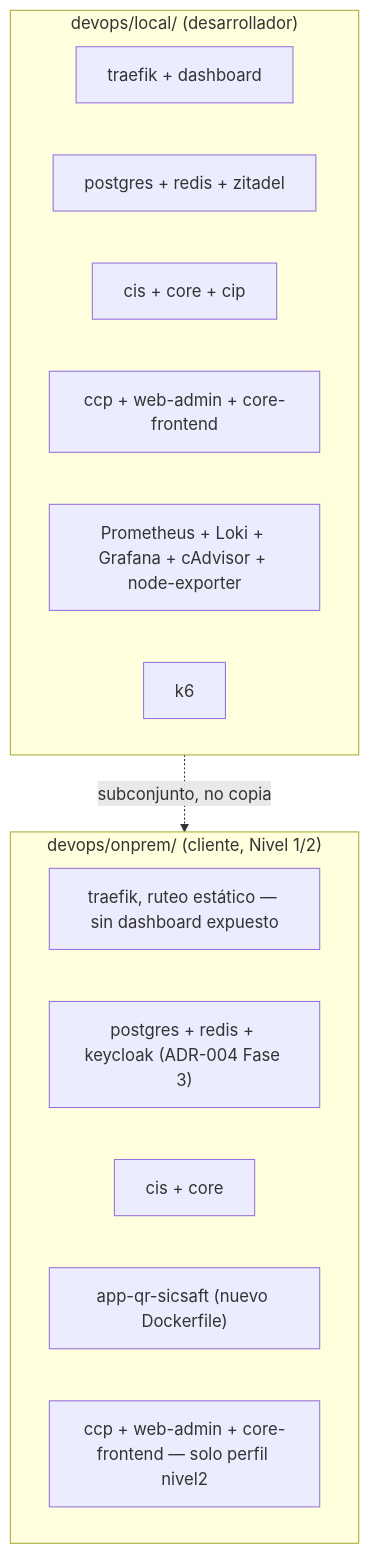
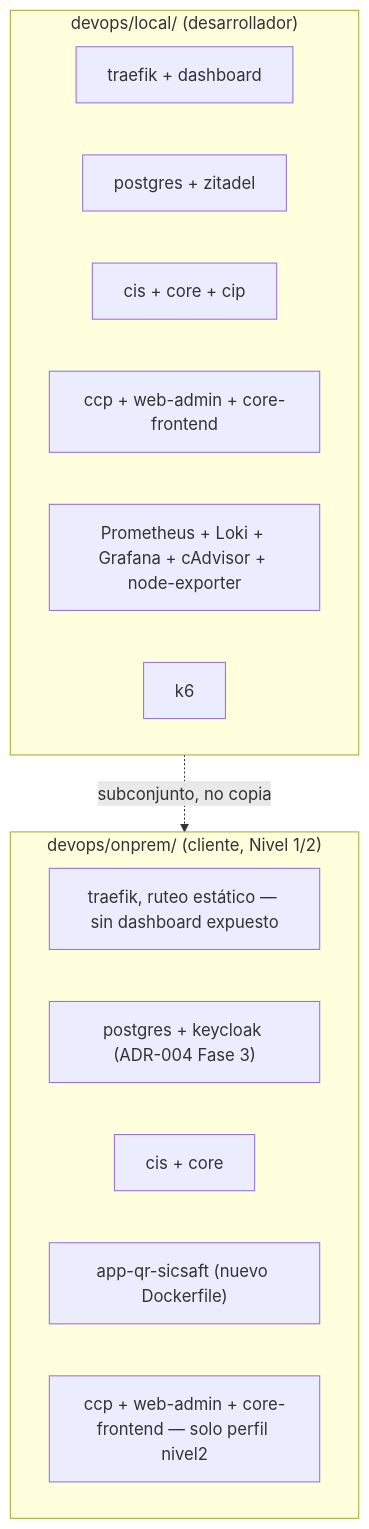
The first of 2 diagrams in aidlc-docs/devops/design-artifacts/ARCHITECTURE.md (jhonabruzzi278/SICSAFT), drawn with Mermaid before and after one commit. The commit also changed other lines of this file and 17 other files, not shown here.

First line of the commit message:
docs: actualiza referencias a Redis/BullMQ en documentacion viva (ADR-005)

````diff
--- a/aidlc-docs/devops/design-artifacts/ARCHITECTURE.md
+++ b/aidlc-docs/devops/design-artifacts/ARCHITECTURE.md
@@ -18,21 +18,21 @@
 ```mermaid
 flowchart TB
     subgraph local["devops/local/ (desarrollador)"]
         L1[traefik + dashboard]
-        L2[postgres + redis + zitadel]
+        L2[postgres + zitadel]
         L3[cis + core + cip]
         L4[ccp + web-admin + core-frontend]
         L5[Prometheus + Loki + Grafana + cAdvisor + node-exporter]
         L6[k6]
     end
 
     subgraph onprem["devops/onprem/ (cliente, Nivel 1/2)"]
         O1[traefik, ruteo estático — sin dashboard expuesto]
-        O2["postgres + redis + keycloak (ADR-004 Fase 3)"]
+        O2["postgres + keycloak (ADR-004 Fase 3)"]
         O3[cis + core]
         O4["app-qr-sicsaft (nuevo Dockerfile)"]
         O5["ccp + web-admin + core-frontend — solo perfil nivel2"]
     end
 
     local -. "subconjunto, no copia" .-> onprem
 ```
````
